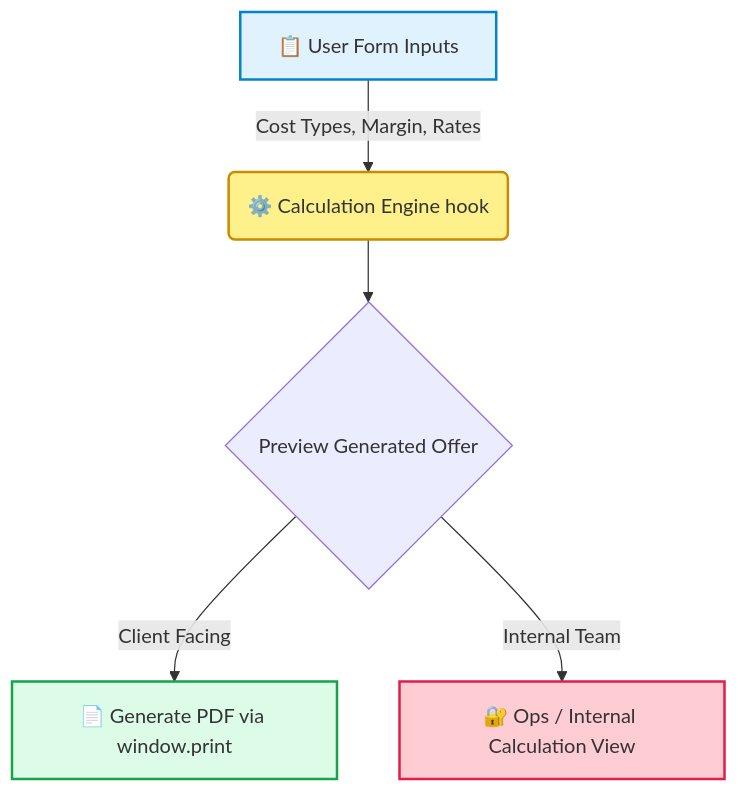
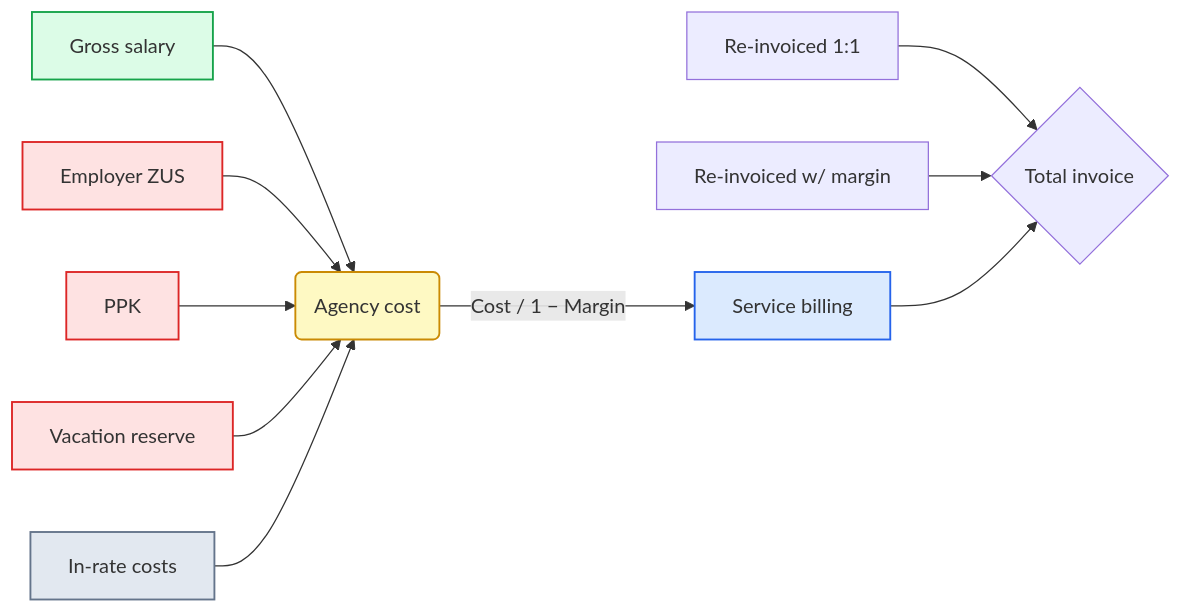
The first of 2 diagrams in README.md (dskibickikono-lang/HR-KONO-OFERTA-APT), drawn with Mermaid before and after one commit. The commit also changed other lines of this file, not shown here.

First line of the commit message:
docs: profesjonalny rewrite README (perspektywa Rev Ops)

````diff
--- a/README.md
+++ b/README.md
@@ -24,13 +89,18 @@
 ```mermaid
-graph TD;
-    %% Styling
-    classDef input fill:#e0f2fe,stroke:#0284c7,stroke-width:2px;
-    classDef engine fill:#fef08a,stroke:#ca8a04,stroke-width:2px;
-    classDef output fill:#dcfce7,stroke:#16a34a,stroke-width:2px;
-    classDef internal fill:#fecdd3,stroke:#e11d48,stroke-width:2px;
+graph LR;
+    classDef gross fill:#dcfce7,stroke:#16a34a,stroke-width:1.5px;
+    classDef tax fill:#fee2e2,stroke:#dc2626,stroke-width:1.5px;
+    classDef cost fill:#e2e8f0,stroke:#64748b,stroke-width:1.5px;
+    classDef agency fill:#fef9c3,stroke:#ca8a04,stroke-width:1.5px;
+    classDef bill fill:#dbeafe,stroke:#2563eb,stroke-width:1.5px;
 
-    A[📋 User Form Inputs]:::input -->|Cost Types, Margin, Rates| B(⚙️ Calculation Engine hook):::engine;
-    B --> C{Preview Generated Offer};
-    C -->|Client Facing| D[📄 Generate PDF via window.print]:::output;
-    C -->|Internal Team| E[🔐 Ops / Internal Calculation View]:::internal;
+    G[Gross salary]:::gross --> AC(Agency cost):::agency;
+    Z[Employer ZUS]:::tax --> AC;
+    P[PPK]:::tax --> AC;
+    V[Vacation reserve]:::tax --> AC;
+    I[In-rate costs]:::cost --> AC;
+    AC -->|Cost / 1 − Margin| B[Service billing]:::bill;
+    R1[Re-invoiced 1:1] --> T{Total invoice};
+    R2[Re-invoiced w/ margin] --> T;
+    B --> T;
 ```
````
